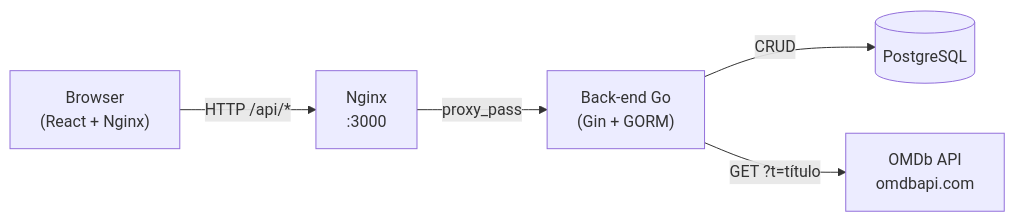
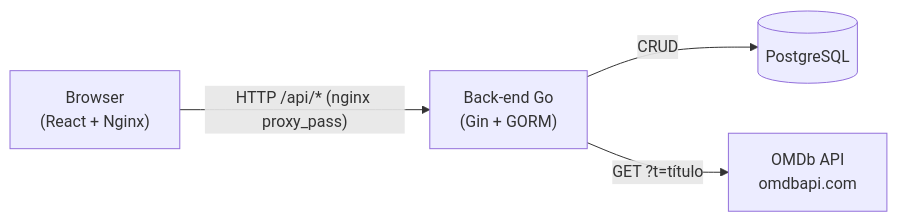
One commit to vinibodruch/mvp-ARQSW-frontend changed the diagram in README.md. Above: the diagram before and after it, drawn with Mermaid.

Commit message:
Update README.md to clarify Nginx proxy_pass in flowchart

````diff
--- a/README.md
+++ b/README.md
@@ -81,13 +81,11 @@
 ```mermaid
 flowchart LR
     Browser["Browser\n(React + Nginx)"]
-    Nginx["Nginx\n:3000"]
     API["Back-end Go\n(Gin + GORM)"]
     DB[(PostgreSQL)]
     OMDb["OMDb API\nomdbapi.com"]
 
-    Browser -->|"HTTP /api/*"| Nginx
-    Nginx -->|"proxy_pass"| API
+    Browser -->|"HTTP /api/* (nginx proxy_pass)"| API
     API -->|"CRUD"| DB
     API -->|"GET ?t=título"| OMDb
 ```
````
